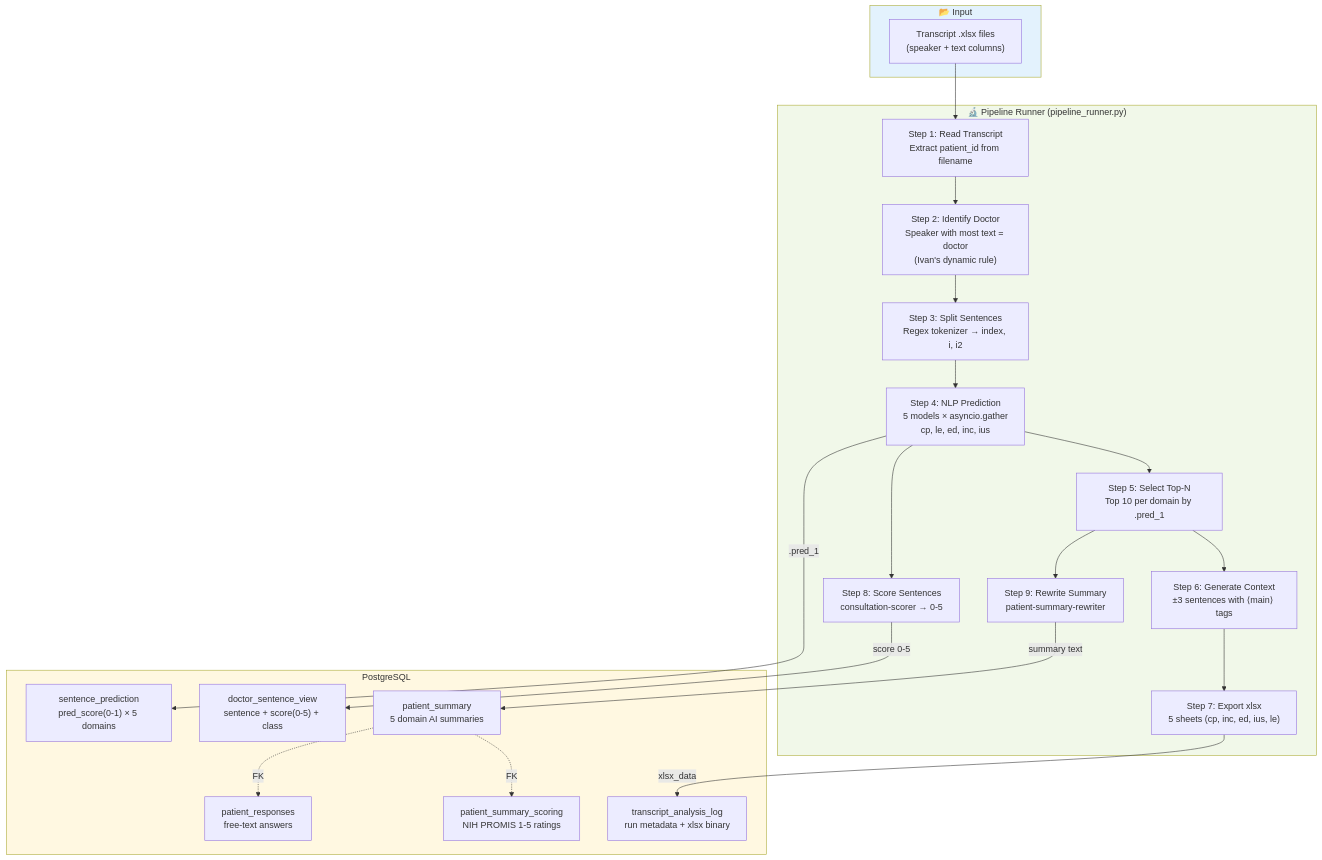
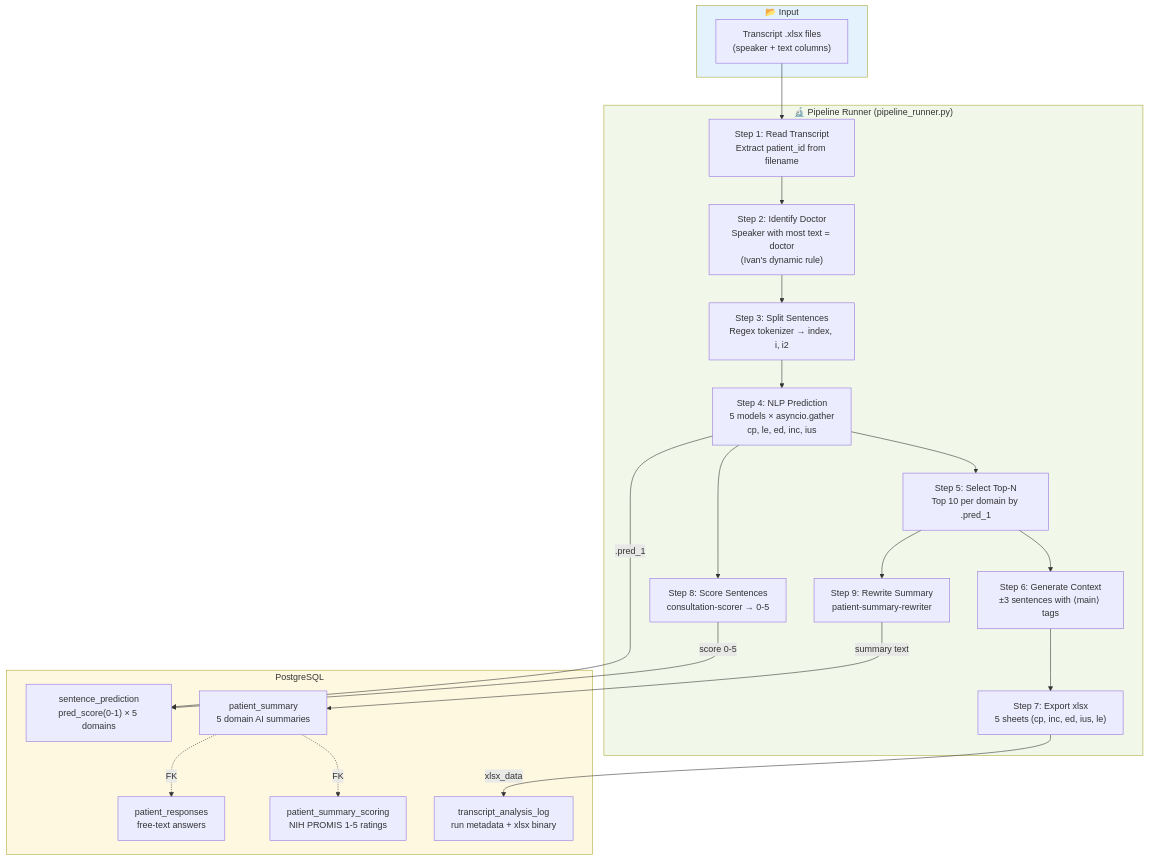
The third of 11 diagrams in docs/architecture/ARCHITECTURE_DIAGRAMS.md (HyunjunA/Prostate_cancer_consultation), drawn with Mermaid before and after one commit. The commit also changed other lines of this file and 18 other files, not shown here.

````diff
--- a/docs/architecture/ARCHITECTURE_DIAGRAMS.md
+++ b/docs/architecture/ARCHITECTURE_DIAGRAMS.md
@@ -116,42 +116,41 @@
 ```mermaid
 flowchart TD
     subgraph Input["📂 Input"]
         TX["Transcript .xlsx files<br/>(speaker + text columns)"]
     end
 
     subgraph Pipeline["🔬 Pipeline Runner (pipeline_runner.py)"]
         S1["Step 1: Read Transcript<br/>Extract patient_id from filename"]
         S2["Step 2: Identify Doctor<br/>Speaker with most text = doctor<br/>(Ivan's dynamic rule)"]
         S3["Step 3: Split Sentences<br/>Regex tokenizer → index, i, i2"]
         S4["Step 4: NLP Prediction<br/>5 models × asyncio.gather<br/>cp, le, ed, inc, ius"]
         S5["Step 5: Select Top-N<br/>Top 10 per domain by .pred_1"]
         S6["Step 6: Generate Context<br/>±3 sentences with ⟨main⟩ tags"]
         S7["Step 7: Export xlsx<br/>5 sheets (cp, inc, ed, ius, le)"]
         S8["Step 8: Score Sentences<br/>consultation-scorer → 0-5"]
         S9["Step 9: Rewrite Summary<br/>patient-summary-rewriter"]
     end
 
     subgraph DB[" PostgreSQL"]
-        DSV["doctor_sentence_view<br/>sentence + score(0-5) + class"]
         SP["sentence_prediction<br/>pred_score(0-1) × 5 domains"]
         TAL["transcript_analysis_log<br/>run metadata + xlsx binary"]
         PS["patient_summary<br/>5 domain AI summaries"]
         PSS["patient_summary_scoring<br/>NIH PROMIS 1-5 ratings"]
         PR["patient_responses<br/>free-text answers"]
     end
 
     TX --> S1 --> S2 --> S3 --> S4
     S4 --> S5 --> S6 --> S7
     S4 --> S8
     S5 --> S9
     S7 -->|xlsx_data| TAL
-    S8 -->|score 0-5| DSV
+    S8 -->|score 0-5| SP
     S4 -->|.pred_1| SP
     S9 -->|summary text| PS
     PS -.->|FK| PSS
     PS -.->|FK| PR
 
     style Input fill:#e3f2fd
     style Pipeline fill:#f1f8e9
     style DB fill:#fff8e1
 ```
````
